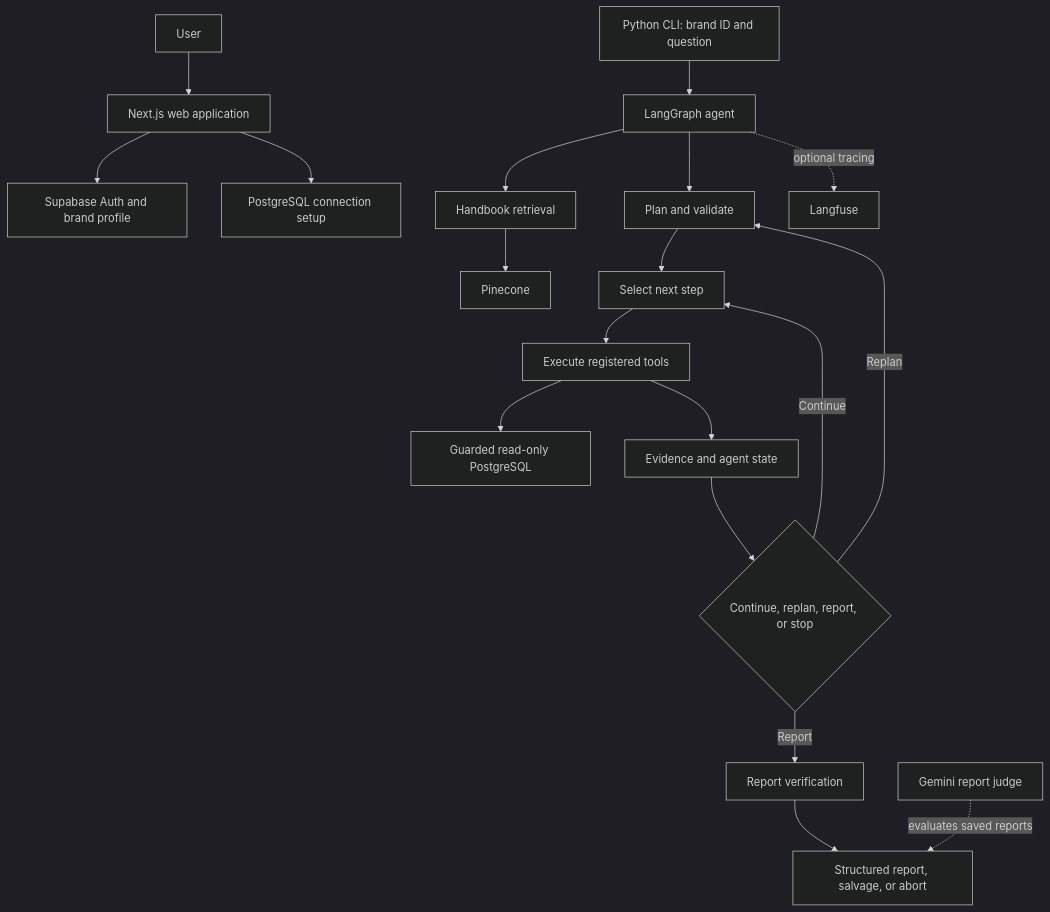
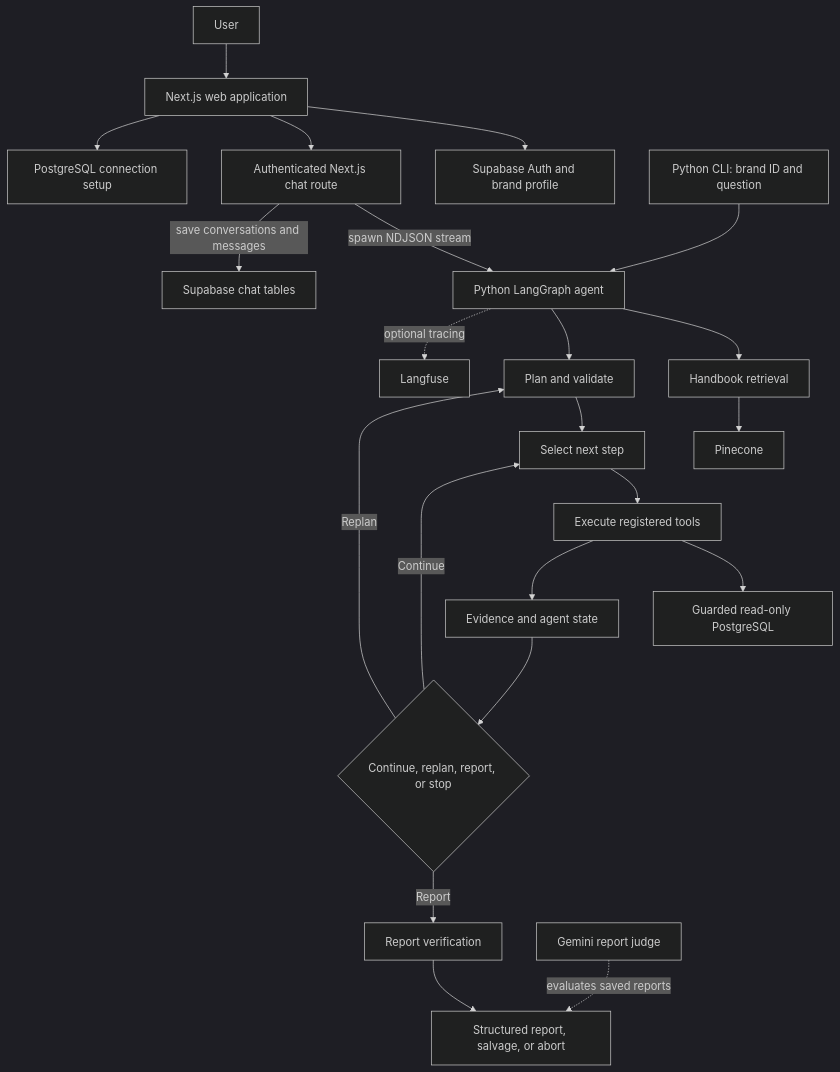
One commit to Shaima12/Marketing-AI-Agent changed the first of 4 diagrams in README.md. Above: the diagram before and after it, drawn with Mermaid (dark theme). The commit also changed other lines of this file and 17 other files, not shown here.

````diff
--- a/README.md
+++ b/README.md
@@ -77,21 +77,24 @@
 ```mermaid
 flowchart TD
     U[User] --> FE[Next.js web application]
     FE --> AUTH[Supabase Auth and brand profile]
+    FE --> API[Authenticated Next.js chat route]
+    API -->|spawn NDJSON stream| LG[Python LangGraph agent]
+    API -->|save conversations and messages| DBCHAT[Supabase chat tables]
     FE --> DBSETUP[PostgreSQL connection setup]
-    CLI[Python CLI: brand ID and question] --> LG[LangGraph agent]
+    CLI[Python CLI: brand ID and question] --> LG
     LG --> GUIDE[Handbook retrieval]
     GUIDE --> PC[Pinecone]
     LG --> PLAN[Plan and validate]
     PLAN --> SELECT[Select next step]
     SELECT --> EXEC[Execute registered tools]
     EXEC --> SQL[Guarded read-only PostgreSQL]
     EXEC --> EVID[Evidence and agent state]
     EVID --> ROUTE{Continue, replan, report, or stop}
     ROUTE -->|Continue| SELECT
     ROUTE -->|Replan| PLAN
     ROUTE -->|Report| VERIFY[Report verification]
     VERIFY --> OUT[Structured report, salvage, or abort]
     LG -. optional tracing .-> LF[Langfuse]
     HARNESS[Gemini report judge] -. evaluates saved reports .-> OUT
 ```
````
